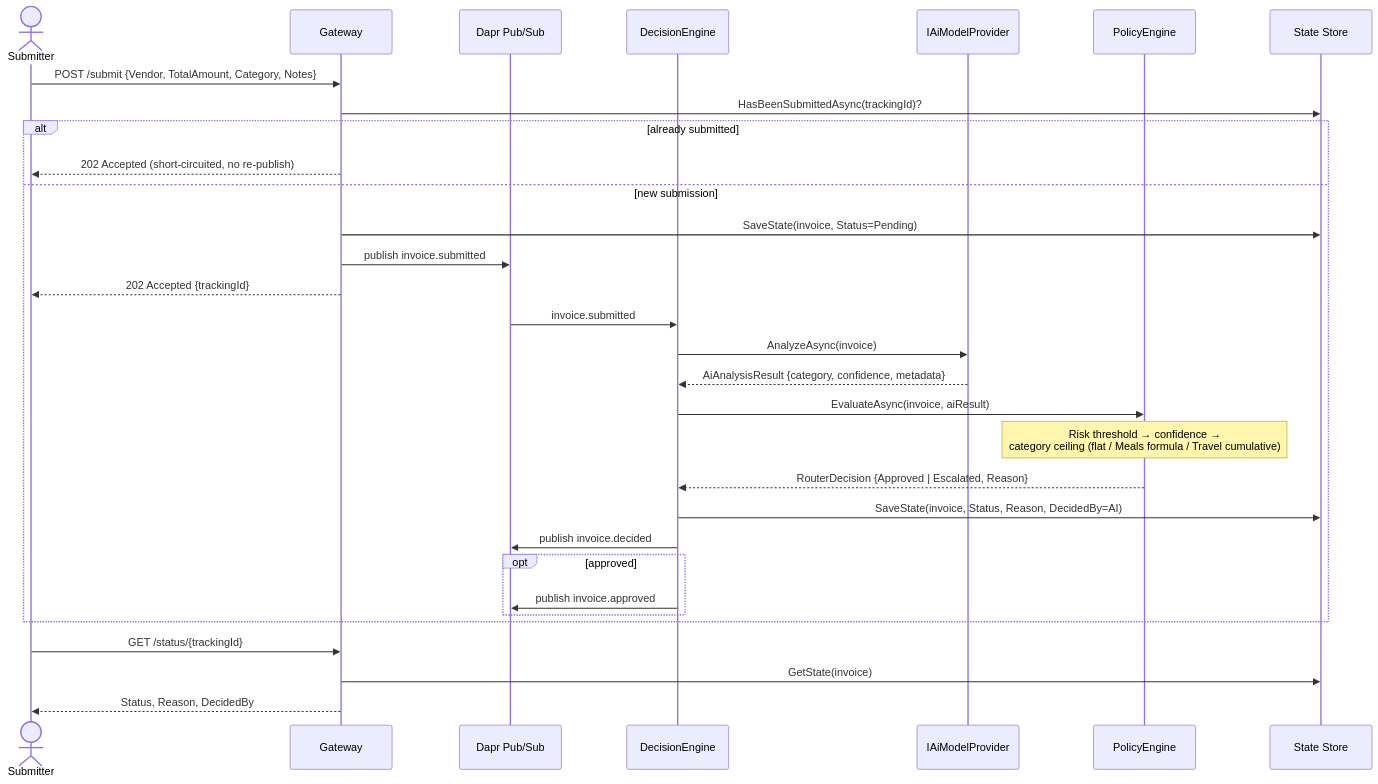
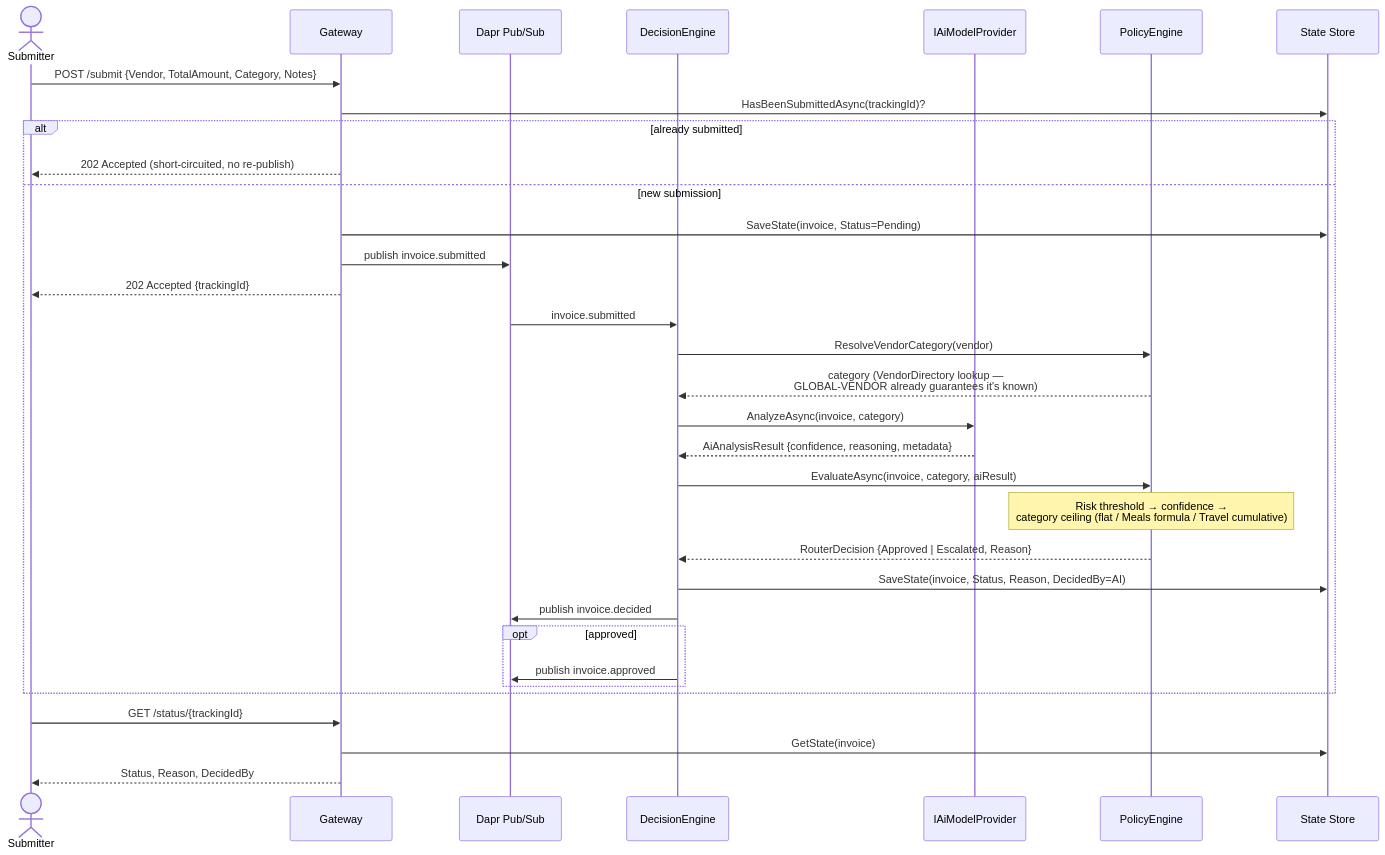
One commit to rivkaperets07/ApprovalFlow changed the second of 3 diagrams in docs/ARCHITECTURE.md. Above: the diagram before and after it, drawn with Mermaid. The commit also changed other lines of this file and 11 other files, not shown here.

First line of the commit message:
AI reviews coherence against the vendor's known category, not classify

````diff
--- a/docs/ARCHITECTURE.md
+++ b/docs/ARCHITECTURE.md
@@ -29,34 +29,36 @@
 ```mermaid
 sequenceDiagram
     actor Submitter
     participant GW as Gateway
     participant Bus as Dapr Pub/Sub
     participant DE as DecisionEngine
     participant AI as IAiModelProvider
     participant PE as PolicyEngine
     participant Store as State Store
 
     Submitter->>GW: POST /submit {Vendor, TotalAmount, Category, Notes}
     GW->>Store: HasBeenSubmittedAsync(trackingId)?
     alt already submitted
         GW-->>Submitter: 202 Accepted (short-circuited, no re-publish)
     else new submission
         GW->>Store: SaveState(invoice, Status=Pending)
         GW->>Bus: publish invoice.submitted
         GW-->>Submitter: 202 Accepted {trackingId}
         Bus->>DE: invoice.submitted
-        DE->>AI: AnalyzeAsync(invoice)
-        AI-->>DE: AiAnalysisResult {category, confidence, metadata}
-        DE->>PE: EvaluateAsync(invoice, aiResult)
+        DE->>PE: ResolveVendorCategory(vendor)
+        PE-->>DE: category (VendorDirectory lookup —<br/>GLOBAL-VENDOR already guarantees it's known)
+        DE->>AI: AnalyzeAsync(invoice, category)
+        AI-->>DE: AiAnalysisResult {confidence, reasoning, metadata}
+        DE->>PE: EvaluateAsync(invoice, category, aiResult)
         Note over PE: Risk threshold → confidence →<br/>category ceiling (flat / Meals formula / Travel cumulative)
         PE-->>DE: RouterDecision {Approved | Escalated, Reason}
         DE->>Store: SaveState(invoice, Status, Reason, DecidedBy=AI)
         DE->>Bus: publish invoice.decided
         opt approved
             DE->>Bus: publish invoice.approved
         end
     end
     Submitter->>GW: GET /status/{trackingId}
     GW->>Store: GetState(invoice)
     GW-->>Submitter: Status, Reason, DecidedBy
 ```
````
